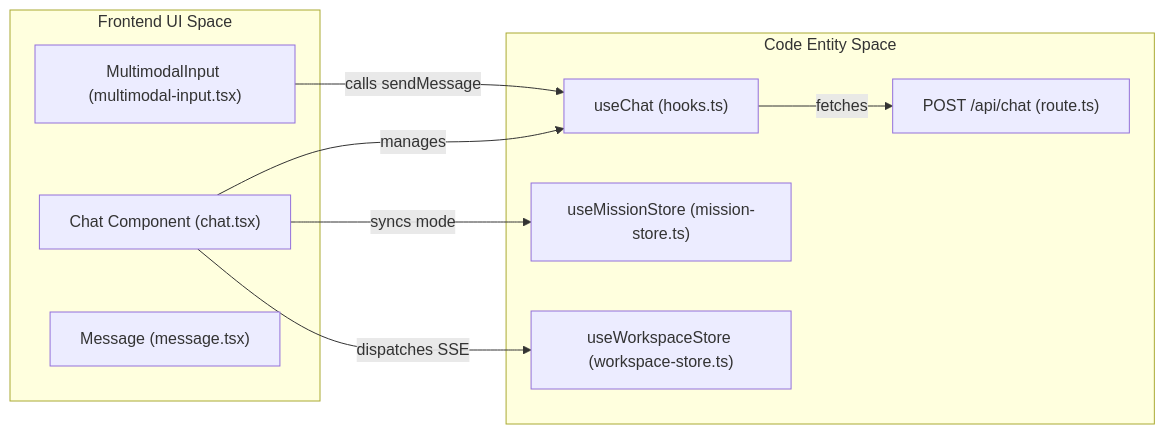
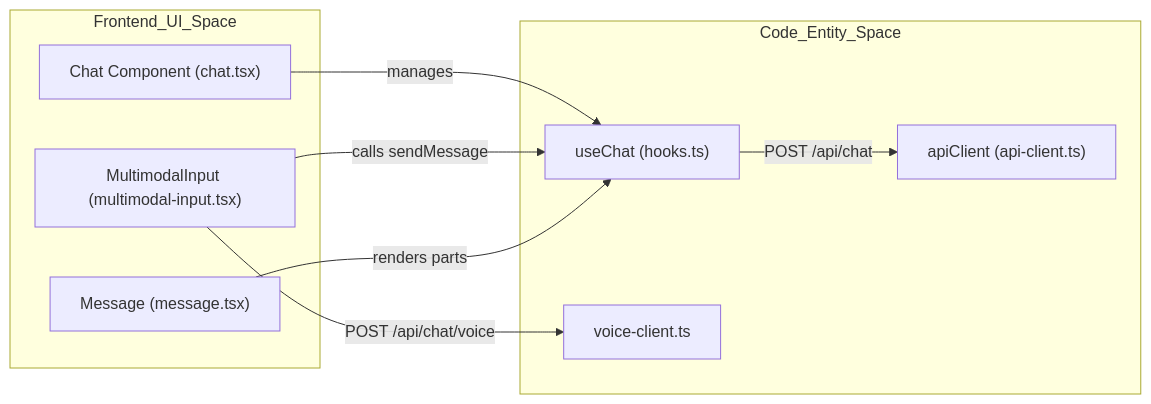
One commit to AutomatosAI/automatos-ai changed the second of 2 diagrams in docs/chat-interface/chat-ui-components.md. Above: the diagram before and after it, drawn with Mermaid. The commit also changed other lines of this file and 153 other files, not shown here.

````diff
--- a/docs/chat-interface/chat-ui-components.md
+++ b/docs/chat-interface/chat-ui-components.md
@@ -157,21 +157,20 @@
 ```mermaid
 graph LR
-    subgraph "Frontend UI Space"
+    subgraph "Frontend_UI_Space"
         ChatUI["Chat Component (chat.tsx)"]
         InputUI["MultimodalInput (multimodal-input.tsx)"]
         MsgUI["Message (message.tsx)"]
     end
 
-    subgraph "Code Entity Space"
+    subgraph "Code_Entity_Space"
         UseChatHook["useChat (hooks.ts)"]
-        ChatProxy["POST /api/chat (route.ts)"]
-        MissionStore["useMissionStore (mission-store.ts)"]
-        WSStore["useWorkspaceStore (workspace-store.ts)"]
+        ApiClient["apiClient (api-client.ts)"]
+        VoiceClient["voice-client.ts"]
     end
 
     ChatUI -- "manages" --> UseChatHook
     InputUI -- "calls sendMessage" --> UseChatHook
-    UseChatHook -- "fetches" --> ChatProxy
-    ChatUI -- "syncs mode" --> MissionStore
-    ChatUI -- "dispatches SSE" --> WSStore
+    InputUI -- "POST /api/chat/voice" --> VoiceClient
+    UseChatHook -- "POST /api/chat" --> ApiClient
+    MsgUI -- "renders parts" --> UseChatHook
 ```
````
